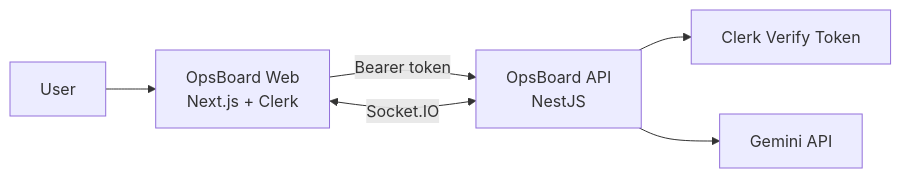
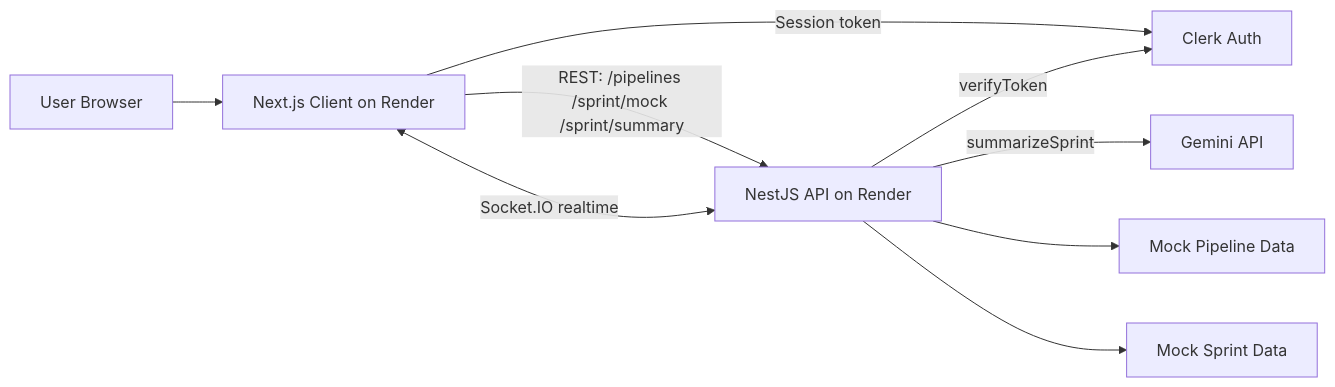
Before and after one commit to yann1294/OpsBoard: the diagram in README.md, drawn with Mermaid. The commit also changed other lines of this file and 3 other files, not shown here.

````diff
--- a/README.md
+++ b/README.md
@@ -36,8 +36,19 @@
 ```mermaid
 flowchart LR
-  U[User] --> W[OpsBoard Web\nNext.js + Clerk]
-  W -->|Bearer token| A[OpsBoard API\nNestJS]
-  W <-->|Socket.IO| A
-  A --> C[Clerk Verify Token]
-  A --> G[Gemini API]
+  U[User Browser]
+  W[Next.js Client on Render]
+  A[NestJS API on Render]
+  C[Clerk Auth]
+  G[Gemini API]
+  MP[Mock Pipeline Data]
+  MS[Mock Sprint Data]
+
+  U --> W
+  W -->|REST: /pipelines /sprint/mock /sprint/summary| A
+  W <-->|Socket.IO realtime| A
+  W -->|Session token| C
+  A -->|verifyToken| C
+  A -->|summarizeSprint| G
+  A --> MP
+  A --> MS
 ```
````
